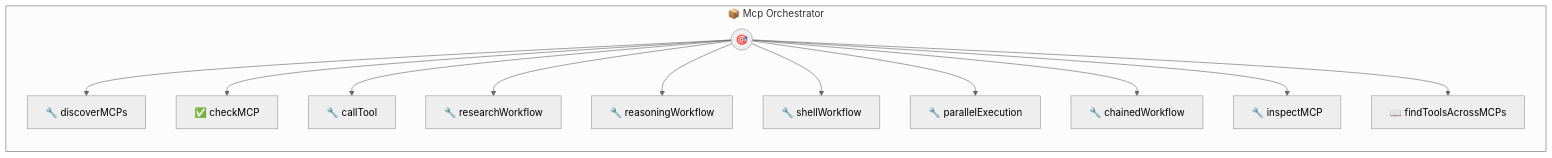
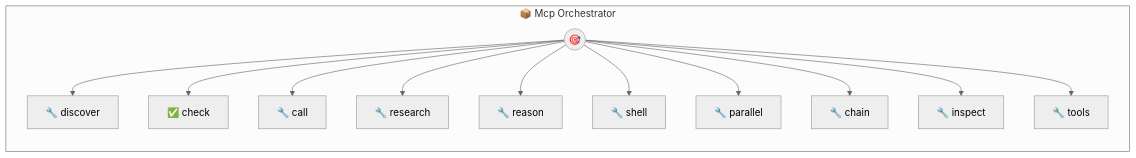
One commit to portel-dev/photons changed the diagram in mcp-orchestrator.md. Above: the diagram before and after it, drawn with Mermaid (neutral theme). The commit also changed other lines of this file and 20 other files, not shown here.

````diff
--- a/mcp-orchestrator.md
+++ b/mcp-orchestrator.md
@@ -133,27 +133,27 @@
 ```mermaid
 flowchart LR
     subgraph mcp_orchestrator["📦 Mcp Orchestrator"]
         direction TB
         PHOTON((🎯))
-        T0[🔧 discoverMCPs]
+        T0[🔧 discover]
         PHOTON --> T0
-        T1[✅ checkMCP]
+        T1[✅ check]
         PHOTON --> T1
-        T2[🔧 callTool]
+        T2[🔧 call]
         PHOTON --> T2
-        T3[🔧 researchWorkflow]
+        T3[🔧 research]
         PHOTON --> T3
-        T4[🔧 reasoningWorkflow]
+        T4[🔧 reason]
         PHOTON --> T4
-        T5[🔧 shellWorkflow]
+        T5[🔧 shell]
         PHOTON --> T5
-        T6[🔧 parallelExecution]
+        T6[🔧 parallel]
         PHOTON --> T6
-        T7[🔧 chainedWorkflow]
+        T7[🔧 chain]
         PHOTON --> T7
-        T8[🔧 inspectMCP]
+        T8[🔧 inspect]
         PHOTON --> T8
-        T9[📖 findToolsAcrossMCPs]
+        T9[🔧 tools]
         PHOTON --> T9
     end
 ```
````
